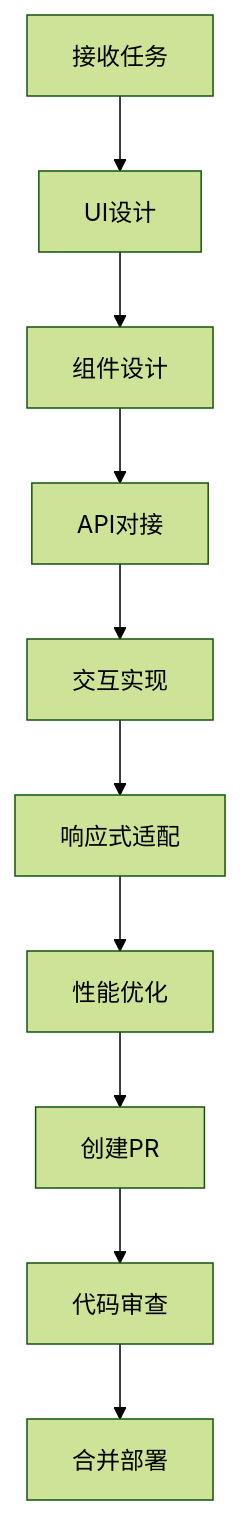
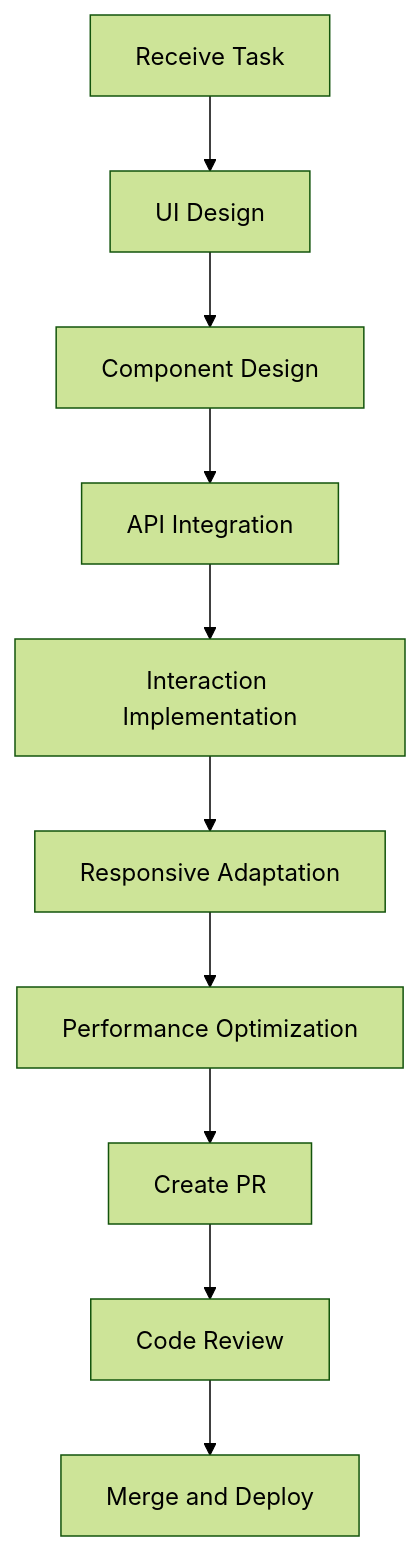
Before and after one commit to fallrising/bee_swarm: the third of 5 diagrams in docs/level2/role-system.md, drawn with Mermaid (forest theme). The commit also changed other lines of this file and 8 other files, not shown here.

````diff
--- a/docs/level2/role-system.md
+++ b/docs/level2/role-system.md
@@ -84,12 +84,12 @@
 ```mermaid
 graph TD
-    A[接收任务] --> B[UI设计]
-    B --> C[组件设计]
-    C --> D[API对接]
-    D --> E[交互实现]
-    E --> F[响应式适配]
-    F --> G[性能优化]
-    G --> H[创建PR]
-    H --> I[代码审查]
-    I --> J[合并部署]
+    A[Receive Task] --> B[UI Design]
+    B --> C[Component Design]
+    C --> D[API Integration]
+    D --> E[Interaction Implementation]
+    E --> F[Responsive Adaptation]
+    F --> G[Performance Optimization]
+    G --> H[Create PR]
+    H --> I[Code Review]
+    I --> J[Merge and Deploy]
 ```
````
